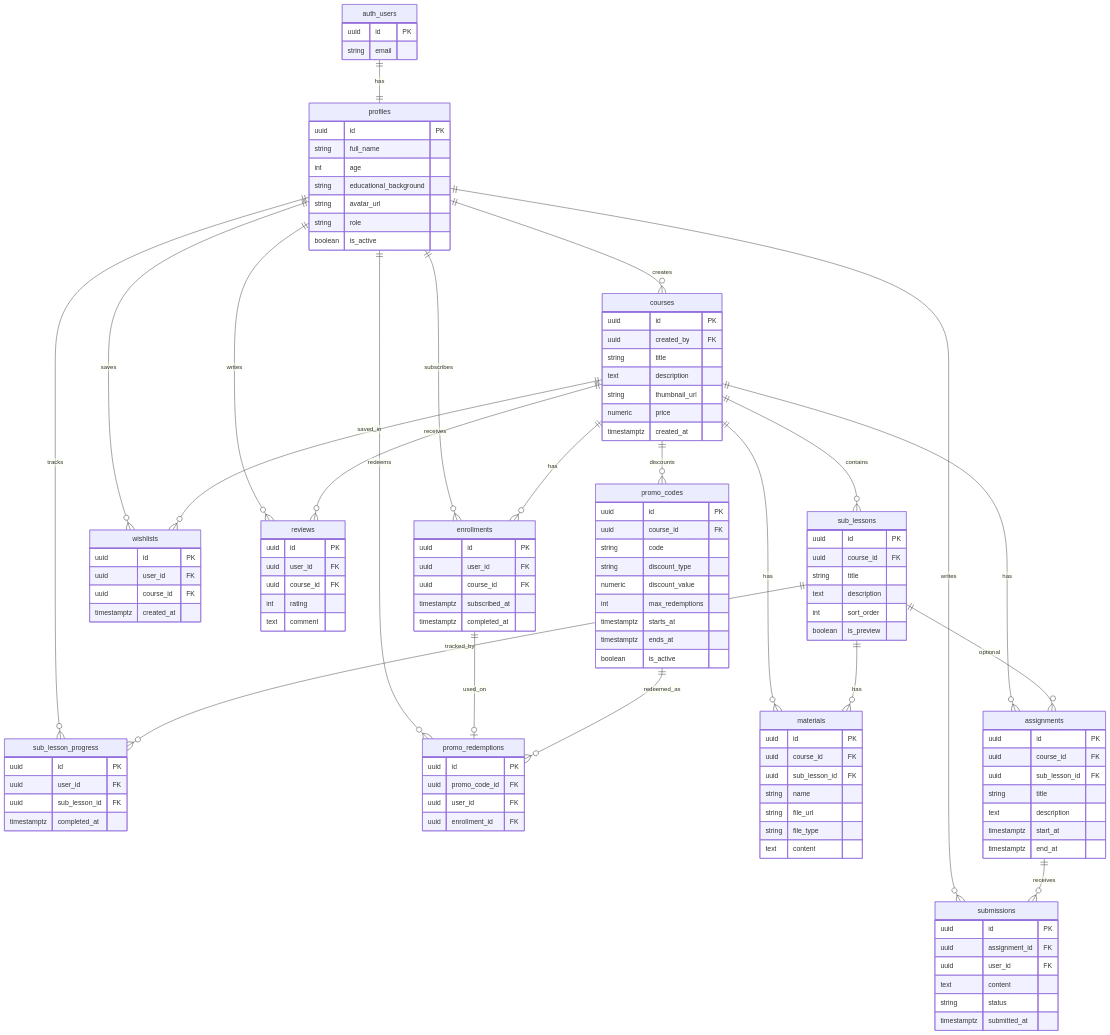
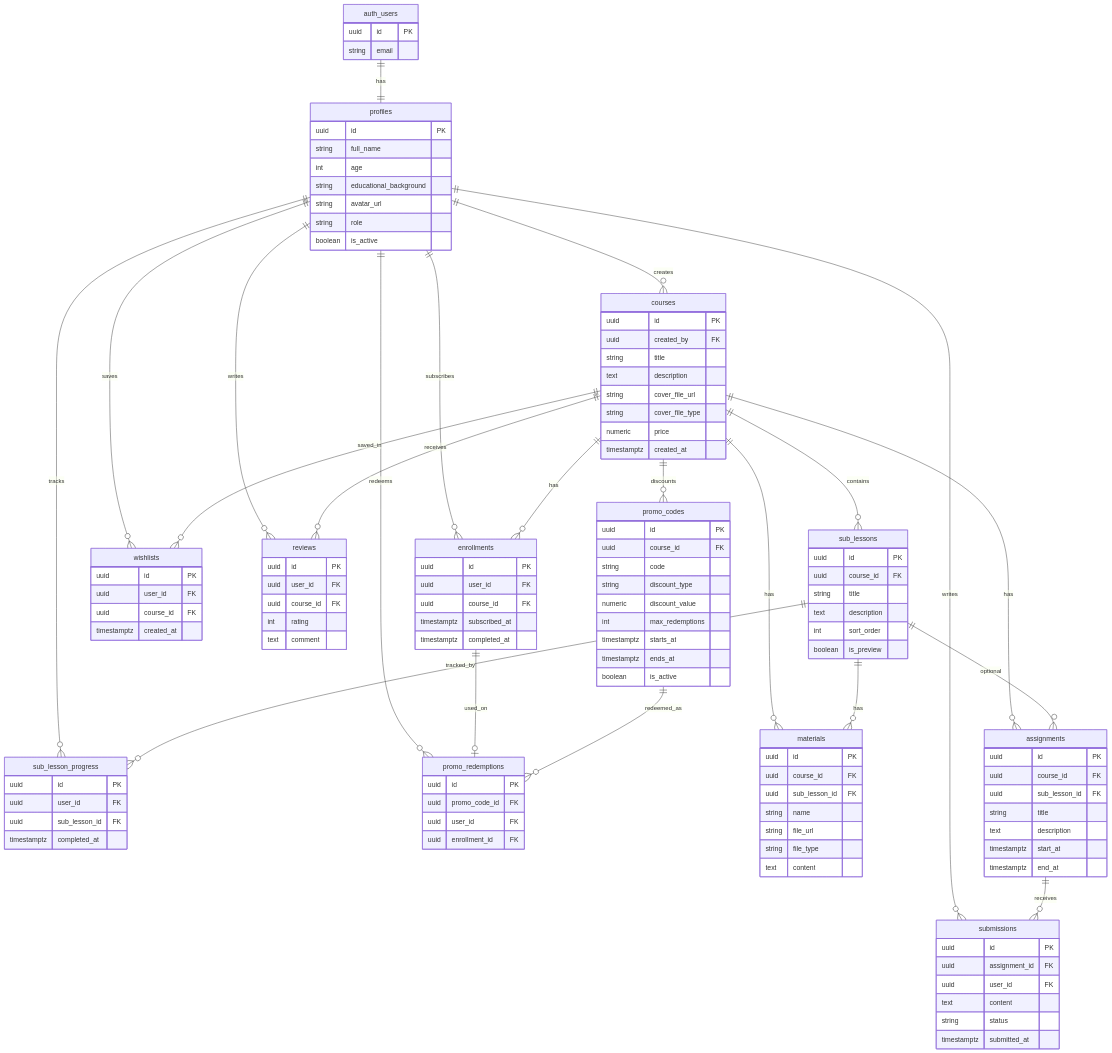
Before and after one commit to Anthony-FS/courseflow: the diagram in docs/erd.md, drawn with Mermaid. The commit also changed other lines of this file, not shown here.

Commit message:
docs: update ERD documentation for Course cover changes
- Changed `thumbnail_url` to `cover_file_url` and added `cover_file_type` to reflect the new file upload structure for course covers.
- Clarified documentation regarding course cover handling, specifying that it is a file upload to storage rather than an external URL.

```diff
--- a/docs/erd.md
+++ b/docs/erd.md
@@ -53,7 +53,8 @@
     uuid created_by FK
     string title
     text description
-    string thumbnail_url
+    string cover_file_url
+    string cover_file_type
     numeric price
     timestamptz created_at
   }
```
